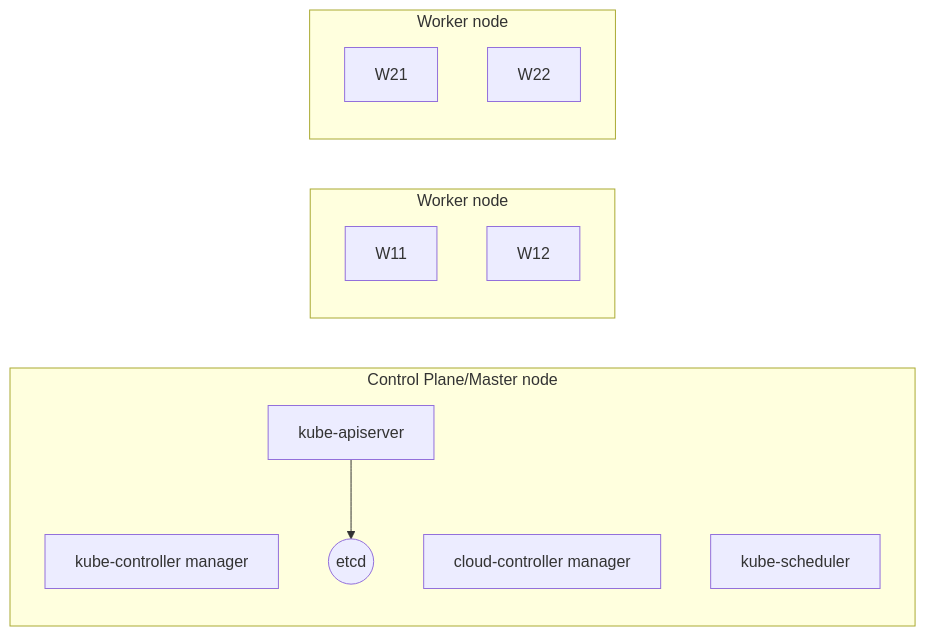
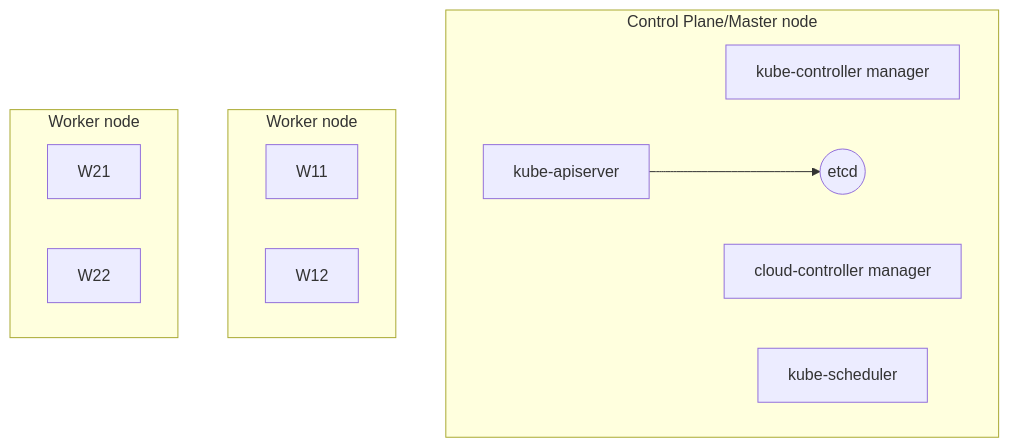
The diagram in kubernetes/nodes.md (pratshield/docker-kubernetes), drawn with Mermaid before and after one commit.

````diff
--- a/kubernetes/nodes.md
+++ b/kubernetes/nodes.md
@@ -9,19 +9,19 @@
 ```mermaid
-flowchart LR
+flowchart TB
   subgraph "Control Plane/Master node"
   A[kube-controller manager]
   B[cloud-controller manager]
   C[kube-apiserver]
   D[kube-scheduler]
   E((etcd))
   C-->E
   end
   subgraph "Worker node"
   W11
   W12 
   end
   subgraph "Worker node"
   W21
   W22
   end
 ```
````
